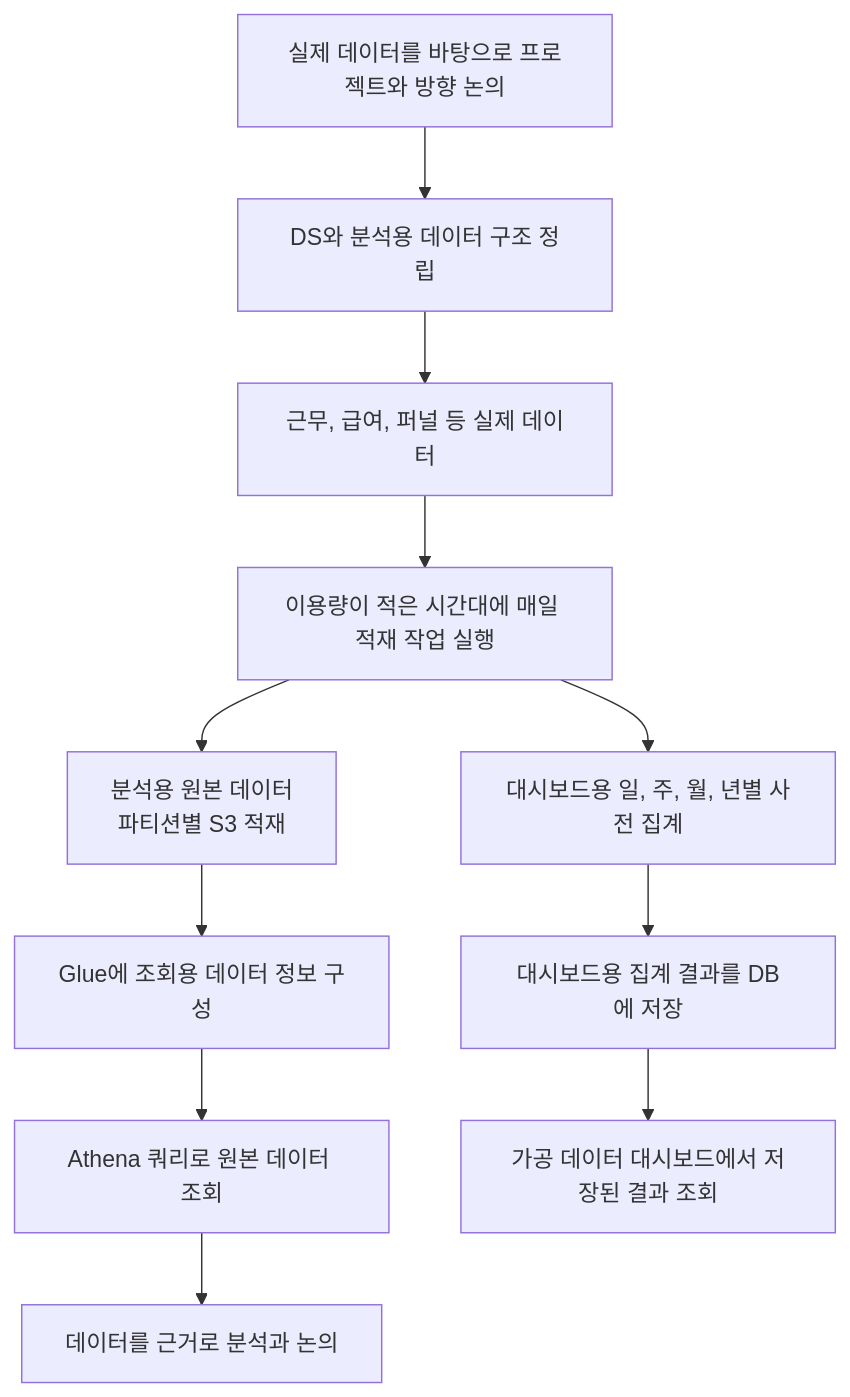
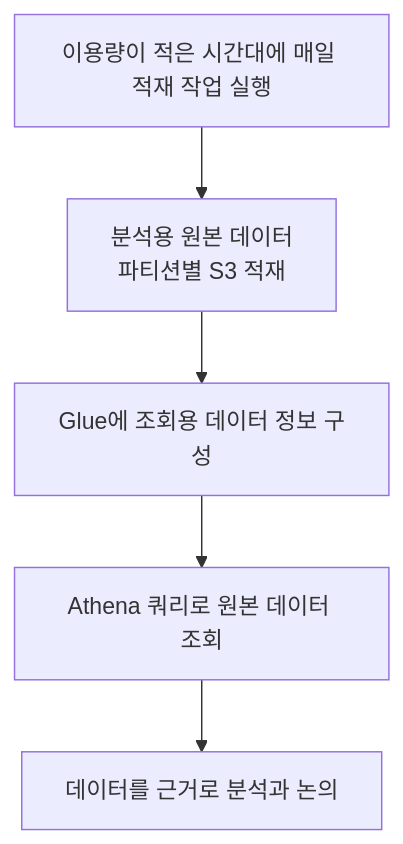
One commit to KimHG1995/work-history changed the second of 3 diagrams in projects/platform-operations/data-analytics.md. Above: the diagram before and after it, drawn with Mermaid. The commit also changed other lines of this file and 9 other files, not shown here.

Commit message:
docs: 공개 Mermaid 흐름을 단계별로 나눠 가독성 개선

````diff
--- a/projects/platform-operations/data-analytics.md
+++ b/projects/platform-operations/data-analytics.md
@@ -46,13 +62,13 @@
 ```mermaid
-flowchart TD
-    purpose["실제 데이터를 바탕으로 프로젝트와 방향 논의"] --> design["DS와 분석용 데이터 구조 정립"]
-    design --> source["근무, 급여, 퍼널 등 실제 데이터"]
-    source --> schedule["이용량이 적은 시간대에 매일 적재 작업 실행"]
-    schedule --> raw["분석용 원본 데이터<br/>파티션별 S3 적재"]
-    raw --> catalog["Glue에 조회용 데이터 정보 구성"]
-    catalog --> query["Athena 쿼리로 원본 데이터 조회"]
-    query --> discussion["데이터를 근거로 분석과 논의"]
-    schedule --> aggregate["대시보드용 일, 주, 월, 년별 사전 집계"]
-    aggregate --> db["대시보드용 집계 결과를 DB에 저장"]
-    db --> dashboard["가공 데이터 대시보드에서 저장된 결과 조회"]
+flowchart TB
+    schedule["이용량이 적은 시간대에 매일 적재 작업 실행"]
+    raw["분석용 원본 데이터<br/>파티션별 S3 적재"]
+    catalog["Glue에 조회용 데이터 정보 구성"]
+    query["Athena 쿼리로 원본 데이터 조회"]
+    discussion["데이터를 근거로 분석과 논의"]
+
+    schedule --> raw
+    raw --> catalog
+    catalog --> query
+    query --> discussion
 ```
````
